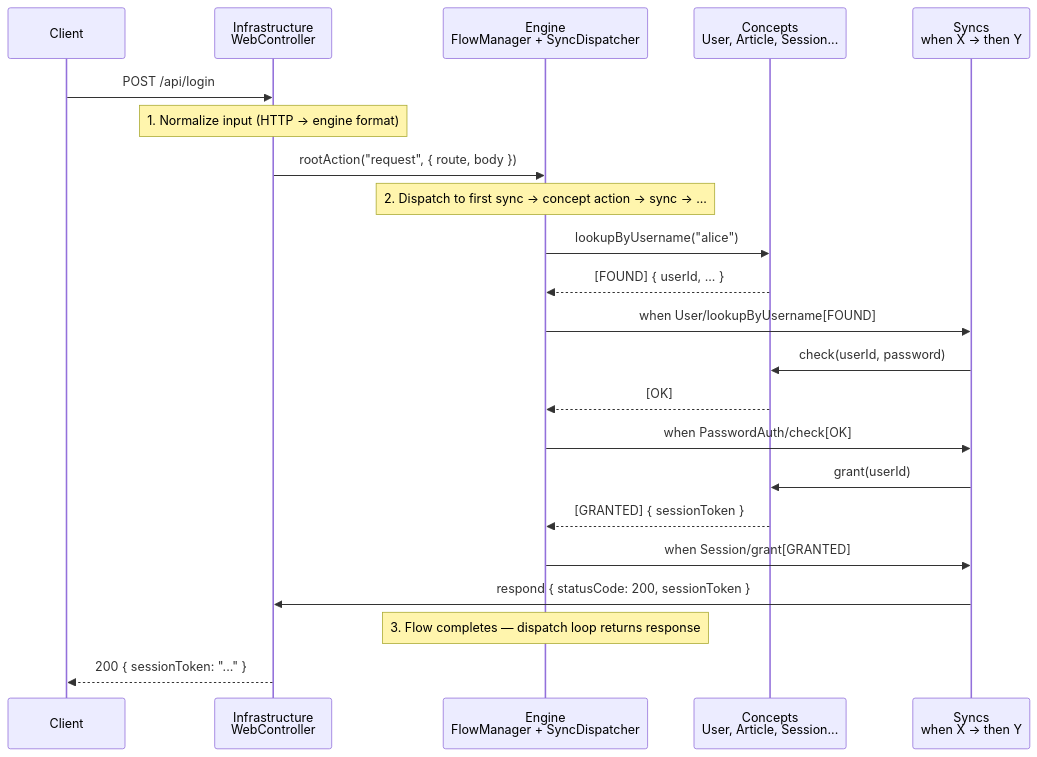
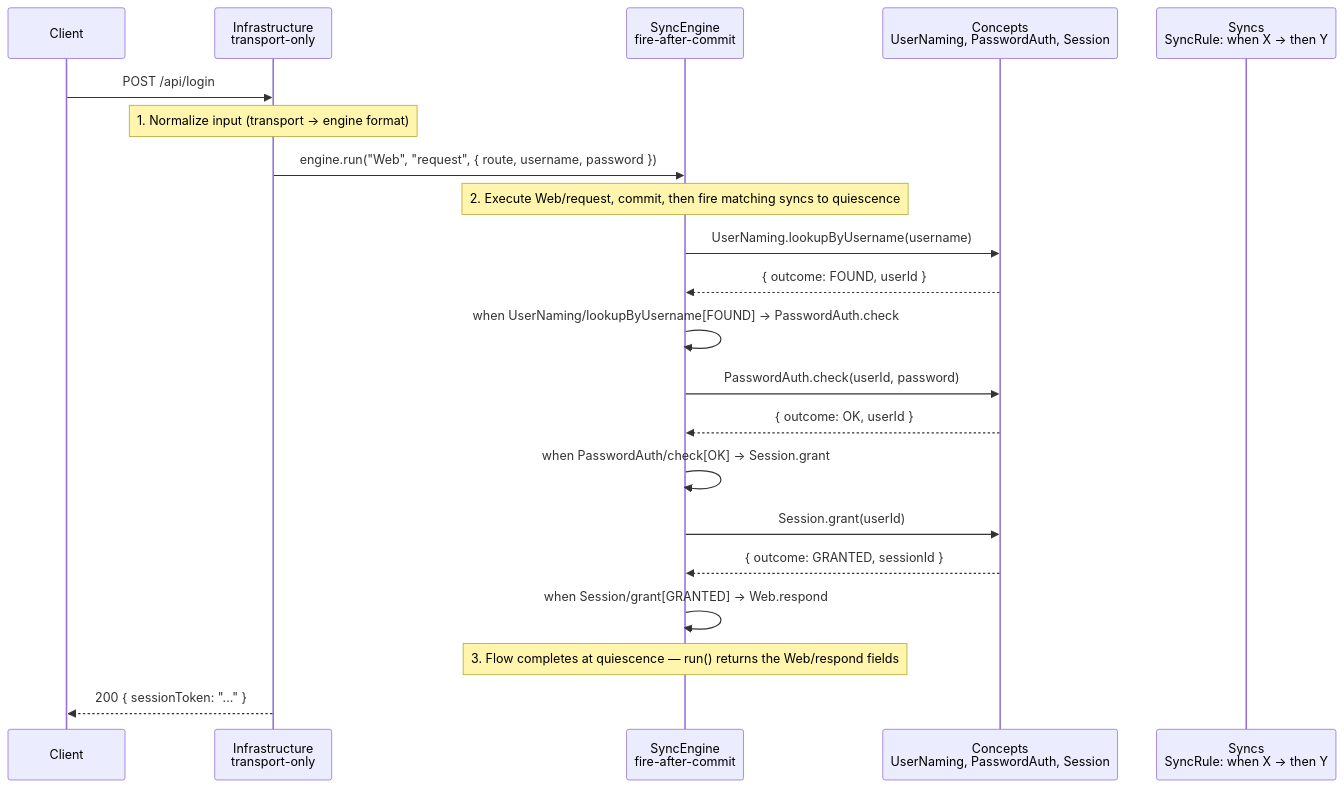
One commit to abratto/clad changed the second of 2 diagrams in README.md. Above: the diagram before and after it, drawn with Mermaid. The commit also changed other lines of this file and 1 other file, not shown here.

Commit message:
docs: refresh README/CONTEXT for canonical java-legible engine + deterministic generators

````diff
--- a/README.md
+++ b/README.md
@@ -125,25 +147,24 @@
 ```mermaid
 sequenceDiagram
     participant Client
-    participant Controller as Infrastructure<br/>WebController
-    participant Engine as Engine<br/>FlowManager + SyncDispatcher
-    participant Concepts as Concepts<br/>User, Article, Session...
-    participant Syncs as Syncs<br/>when X → then Y
+    participant Controller as Infrastructure<br/>transport-only
+    participant Engine as SyncEngine<br/>fire-after-commit
+    participant Concepts as Concepts<br/>UserNaming, PasswordAuth, Session
+    participant Syncs as Syncs<br/>SyncRule: when X → then Y
 
     Client->>Controller: POST /api/login
-    Note over Controller: 1. Normalize input (HTTP → engine format)
-    Controller->>Engine: rootAction("request", { route, body })
-    Note over Engine: 2. Dispatch to first sync → concept action → sync → ...
-    Engine->>Concepts: lookupByUsername("alice")
-    Concepts-->>Engine: [FOUND] { userId, ... }
-    Engine->>Syncs: when User/lookupByUsername[FOUND]
-    Syncs->>Concepts: check(userId, password)
-    Concepts-->>Engine: [OK]
-    Engine->>Syncs: when PasswordAuth/check[OK]
-    Syncs->>Concepts: grant(userId)
-    Concepts-->>Engine: [GRANTED] { sessionToken }
-    Engine->>Syncs: when Session/grant[GRANTED]
-    Syncs->>Controller: respond { statusCode: 200, sessionToken }
-    Note over Engine: 3. Flow completes — dispatch loop returns response
+    Note over Controller: 1. Normalize input (transport → engine format)
+    Controller->>Engine: engine.run("Web", "request", { route, username, password })
+    Note over Engine: 2. Execute Web/request, commit, then fire matching syncs to quiescence
+    Engine->>Concepts: UserNaming.lookupByUsername(username)
+    Concepts-->>Engine: { outcome: FOUND, userId }
+    Engine->>Engine: when UserNaming/lookupByUsername[FOUND] → PasswordAuth.check
+    Engine->>Concepts: PasswordAuth.check(userId, password)
+    Concepts-->>Engine: { outcome: OK, userId }
+    Engine->>Engine: when PasswordAuth/check[OK] → Session.grant
+    Engine->>Concepts: Session.grant(userId)
+    Concepts-->>Engine: { outcome: GRANTED, sessionId }
+    Engine->>Engine: when Session/grant[GRANTED] → Web.respond
+    Note over Engine: 3. Flow completes at quiescence — run() returns the Web/respond fields
     Controller-->>Client: 200 { sessionToken: "..." }
 ```
````
